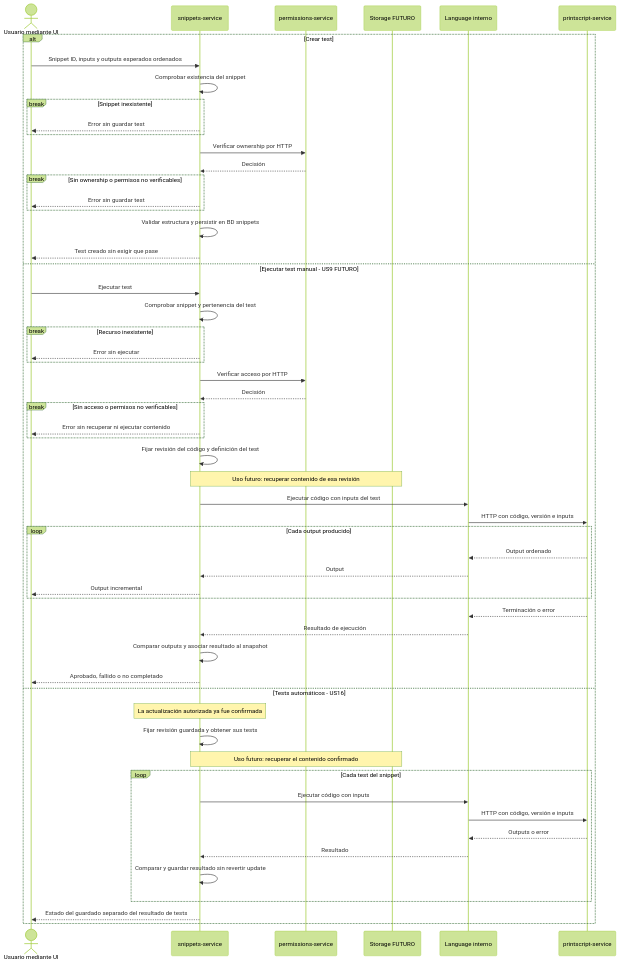
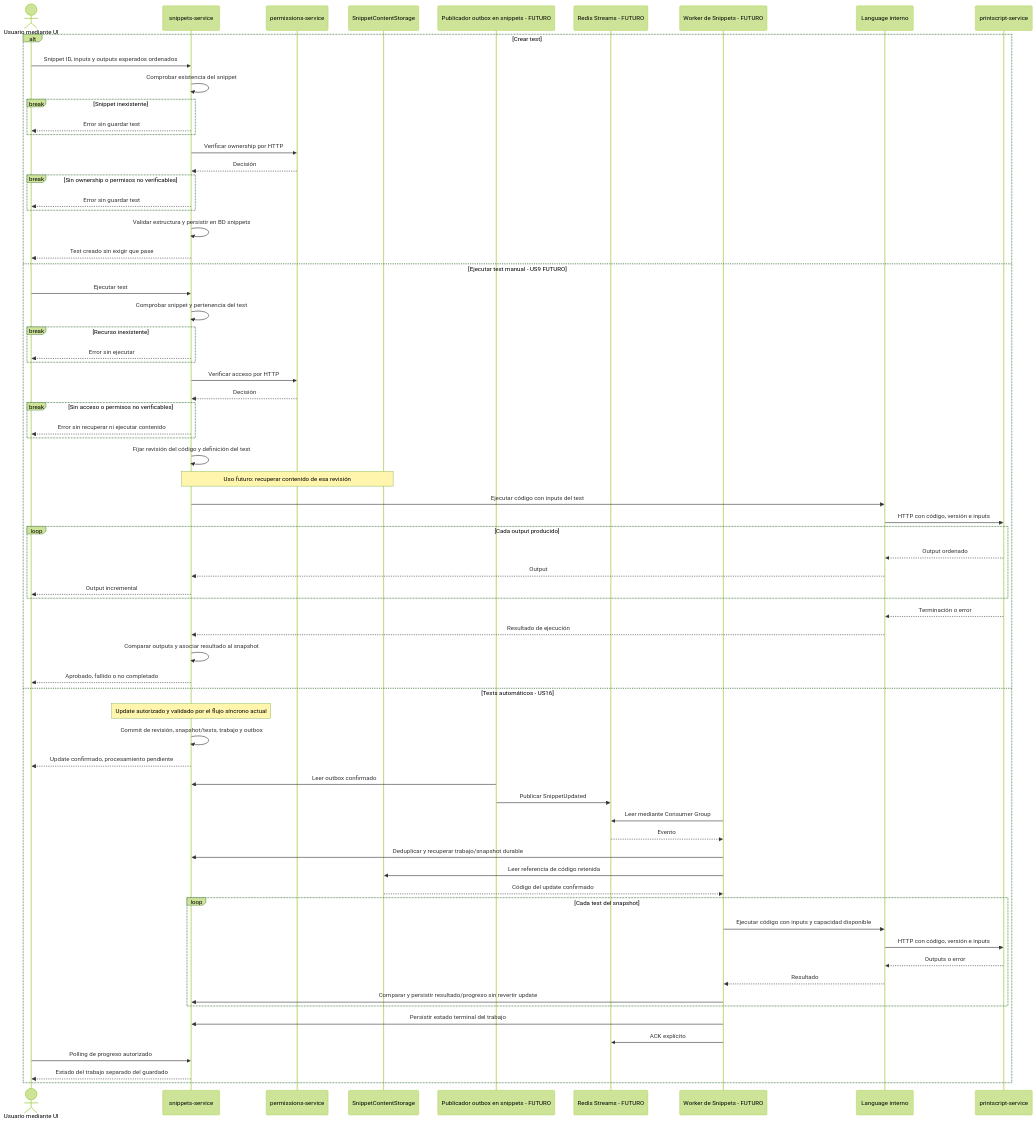
Before and after one commit to JJT-INGSIS/snippet-searcher-infra: the diagram in docs/architecture/flows/tests.md, drawn with Mermaid (forest theme). The commit also changed other lines of this file and 7 other files, not shown here.

Commit message:
docs(sni-27): decide asynchronous processing with Redis Streams and outbox

````diff
--- a/docs/architecture/flows/tests.md
+++ b/docs/architecture/flows/tests.md
@@ -10,60 +11,73 @@
 ```mermaid
 sequenceDiagram
     actor UI as Usuario mediante UI
     participant S as snippets-service
     participant P as permissions-service
-    participant ST as Storage FUTURO
+    participant ST as SnippetContentStorage
+    participant O as Publicador outbox en snippets - FUTURO
+    participant R as Redis Streams - FUTURO
+    participant B as Worker de Snippets - FUTURO
     participant L as Language interno
     participant PS as printscript-service
 
     alt Crear test
         UI->>S: Snippet ID, inputs y outputs esperados ordenados
         S->>S: Comprobar existencia del snippet
         break Snippet inexistente
             S-->>UI: Error sin guardar test
         end
         S->>P: Verificar ownership por HTTP
         P-->>S: Decisión
         break Sin ownership o permisos no verificables
             S-->>UI: Error sin guardar test
         end
         S->>S: Validar estructura y persistir en BD snippets
         S-->>UI: Test creado sin exigir que pase
     else Ejecutar test manual - US9 FUTURO
         UI->>S: Ejecutar test
         S->>S: Comprobar snippet y pertenencia del test
         break Recurso inexistente
             S-->>UI: Error sin ejecutar
         end
         S->>P: Verificar acceso por HTTP
         P-->>S: Decisión
         break Sin acceso o permisos no verificables
             S-->>UI: Error sin recuperar ni ejecutar contenido
         end
         S->>S: Fijar revisión del código y definición del test
         Note over S,ST: Uso futuro: recuperar contenido de esa revisión
         S->>L: Ejecutar código con inputs del test
         L->>PS: HTTP con código, versión e inputs
         loop Cada output producido
             PS-->>L: Output ordenado
             L-->>S: Output
             S-->>UI: Output incremental
         end
         PS-->>L: Terminación o error
         L-->>S: Resultado de ejecución
         S->>S: Comparar outputs y asociar resultado al snapshot
         S-->>UI: Aprobado, fallido o no completado
     else Tests automáticos - US16
-        Note over S: La actualización autorizada ya fue confirmada
-        S->>S: Fijar revisión guardada y obtener sus tests
-        Note over S,ST: Uso futuro: recuperar el contenido confirmado
-        loop Cada test del snippet
-            S->>L: Ejecutar código con inputs
+        Note over S: Update autorizado y validado por el flujo síncrono actual
+        S->>S: Commit de revisión, snapshot/tests, trabajo y outbox
+        S-->>UI: Update confirmado, procesamiento pendiente
+        O->>S: Leer outbox confirmado
+        O->>R: Publicar SnippetUpdated
+        B->>R: Leer mediante Consumer Group
+        R-->>B: Evento
+        B->>S: Deduplicar y recuperar trabajo/snapshot durable
+        B->>ST: Leer referencia de código retenida
+        ST-->>B: Código del update confirmado
+        loop Cada test del snapshot
+            B->>L: Ejecutar código con inputs y capacidad disponible
             L->>PS: HTTP con código, versión e inputs
             PS-->>L: Outputs o error
-            L-->>S: Resultado
-            S->>S: Comparar y guardar resultado sin revertir update
+            L-->>B: Resultado
+            B->>S: Comparar y persistir resultado/progreso sin revertir update
         end
-        S-->>UI: Estado del guardado separado del resultado de tests
+        B->>S: Persistir estado terminal del trabajo
+        B->>R: ACK explícito
+        UI->>S: Polling de progreso autorizado
+        S-->>UI: Estado del trabajo separado del guardado
     end
 ```
````
